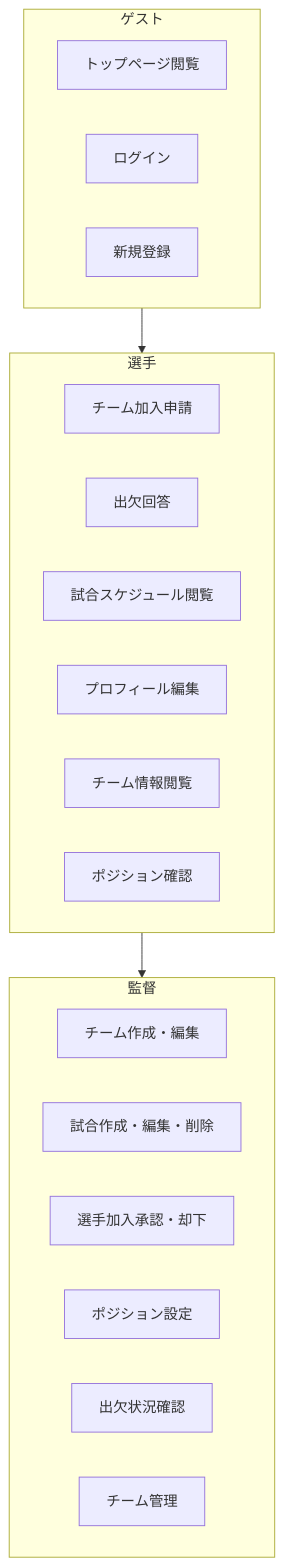
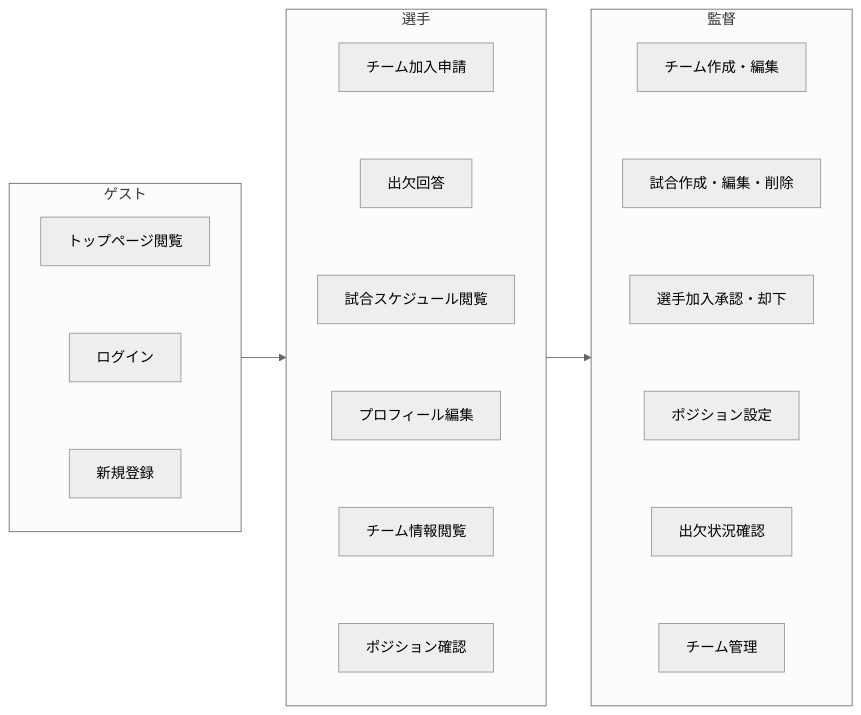
The first of 5 diagrams in docs/design/02_機能要件.md (tsubasayamamoto322/matchmate), drawn with Mermaid before and after one commit. The commit also changed other lines of this file, not shown here.

Commit message:
ロール別機能アクセス制限の図修正

````diff
--- a/docs/design/02_機能要件.md
+++ b/docs/design/02_機能要件.md
@@ -15,29 +16,25 @@
 ```mermaid
-graph TD
+%%{init: {'theme': 'neutral'}}%%
+graph LR
     subgraph Guest[ゲスト]
-        G1[トップページ閲覧]
-        G2[ログイン]
-        G3[新規登録]
+        direction TB
+        G1[トップページ閲覧] --- G2[ログイン] --- G3[新規登録]
     end
 
     subgraph Player[選手]
-        P1[チーム加入申請]
-        P2[出欠回答]
-        P3[試合スケジュール閲覧]
-        P4[プロフィール編集]
-        P5[チーム情報閲覧]
-        P6[ポジション確認]
+        direction TB
+        P1[チーム加入申請] --- P2[出欠回答] --- P3[試合スケジュール閲覧] --- P4[プロフィール編集] --- P5[チーム情報閲覧] --- P6[ポジション確認]
     end
 
     subgraph Manager[監督]
-        M1[チーム作成・編集]
-        M2[試合作成・編集・削除]
-        M3[選手加入承認・却下]
-        M4[ポジション設定]
-        M5[出欠状況確認]
-        M6[チーム管理]
+        direction TB
+        M1[チーム作成・編集] --- M2[試合作成・編集・削除] --- M3[選手加入承認・却下] --- M4[ポジション設定] --- M5[出欠状況確認] --- M6[チーム管理]
     end
 
     Guest --> Player
     Player --> Manager
+
+    %% --- 中の線を透明にする ---
+    %% 0番目から11番目までの線（中の線）を透明化
+    linkStyle 0,1,2,3,4,5,6,7,8,9,10,11 stroke:transparent,stroke-width:0px
 ```
````
